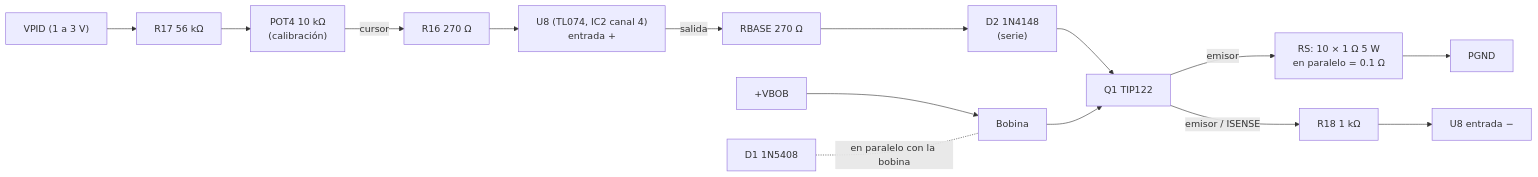
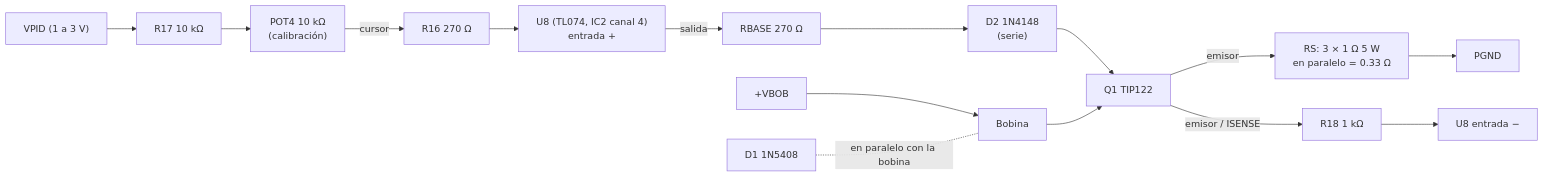
One commit to Brahiam18/controlador-pid-analogico-levitador changed the diagram in hardware/pcb/README.md. Above: the diagram before and after it, drawn with Mermaid. The commit also changed other lines of this file and 11 other files, not shown here.

````diff
--- a/hardware/pcb/README.md
+++ b/hardware/pcb/README.md
@@ -51,10 +53,10 @@
 ```mermaid
 flowchart LR
-    VPID["VPID (1 a 3 V)"] --> R17["R17 56 kΩ"] --> POT4["POT4 10 kΩ<br/>(calibración)"]
+    VPID["VPID (1 a 3 V)"] --> R17["R17 10 kΩ"] --> POT4["POT4 10 kΩ<br/>(calibración)"]
     POT4 -- cursor --> R16["R16 270 Ω"] --> U8["U8 (TL074, IC2 canal 4)<br/>entrada +"]
     U8 -- salida --> RB["RBASE 270 Ω"] --> D2["D2 1N4148<br/>(serie)"] --> Q1["Q1 TIP122"]
-    Q1 -- emisor --> RS["RS: 10 × 1 Ω 5 W<br/>en paralelo = 0.1 Ω"] --> PG["PGND"]
+    Q1 -- emisor --> RS["RS: 3 × 1 Ω 5 W<br/>en paralelo = 0.33 Ω"] --> PG["PGND"]
     Q1 -- emisor / ISENSE --> R18["R18 1 kΩ"] --> U8m["U8 entrada −"]
     VB["+VBOB"] --> BOB["Bobina"] --> Q1
     D1["D1 1N5408"] -. "en paralelo con la bobina" .- BOB
 ```
````
